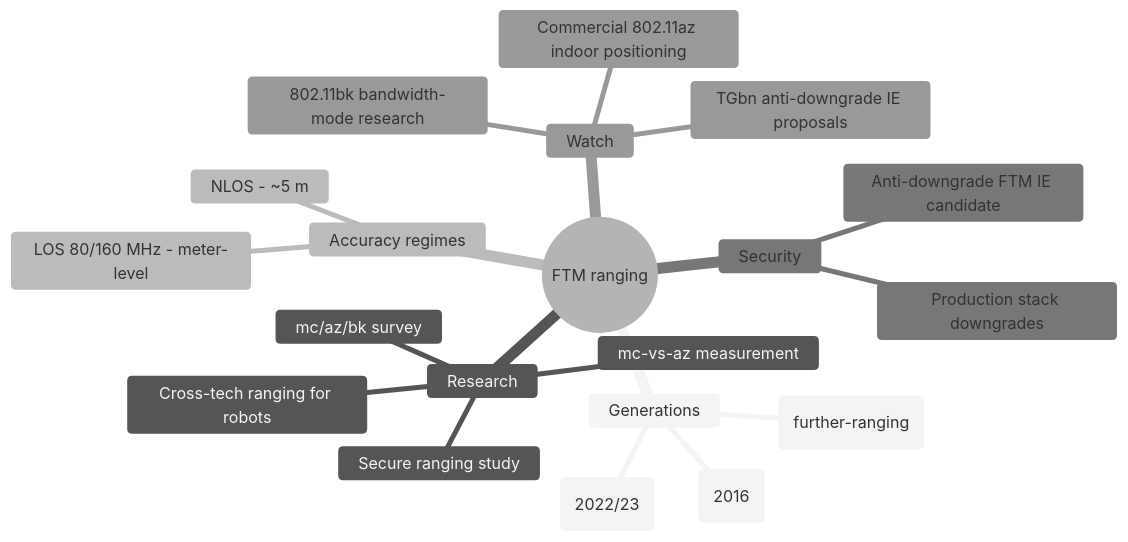
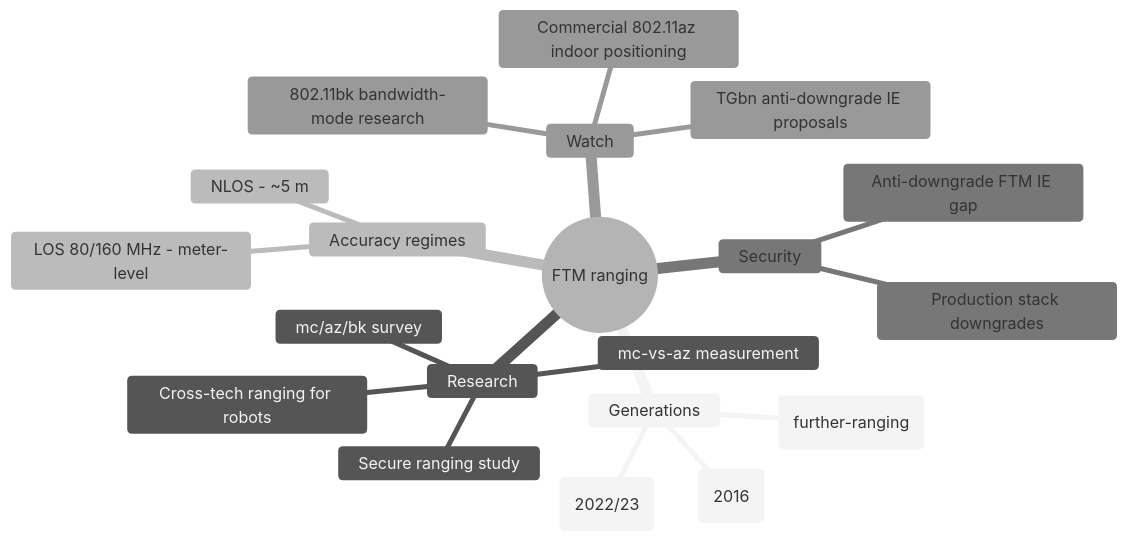
The diagram in topics/ftm-ranging.diagram.mmd (ntutangyun/wireless_comm_knowledge_base), drawn with Mermaid (neutral theme) before and after one commit. The commit also changed 18 other files, not shown here.

Commit message:
Topics: scrub non-neutral strategy language from public narratives/diagrams; seed sat-direct-device and uwb-fi-ra narratives + mindmaps

```diff
--- a/topics/ftm-ranging.diagram.mmd
+++ b/topics/ftm-ranging.diagram.mmd
@@ -1,21 +1,21 @@
 mindmap
   root((FTM ranging))
     Generations
       802.11mc (2016)
       802.11az (2022/23)
       802.11bk (further-ranging)
     Research
       mc/az/bk survey
       mc-vs-az measurement
       Secure ranging study
       Cross-tech ranging for robots
     Accuracy regimes
       LOS 80/160 MHz - meter-level
       NLOS - ~5 m
     Security
-      Anti-downgrade FTM IE candidate
+      Anti-downgrade FTM IE gap
       Production stack downgrades
     Watch
       TGbn anti-downgrade IE proposals
       Commercial 802.11az indoor positioning
       802.11bk bandwidth-mode research
```
